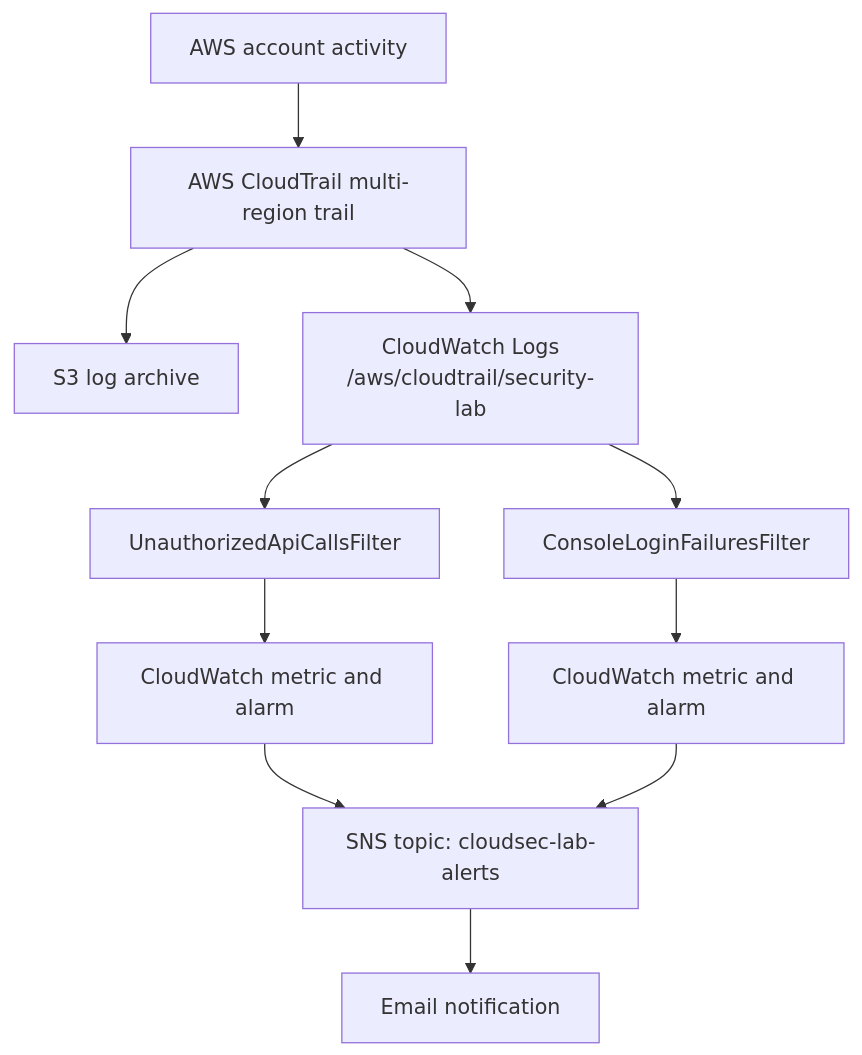
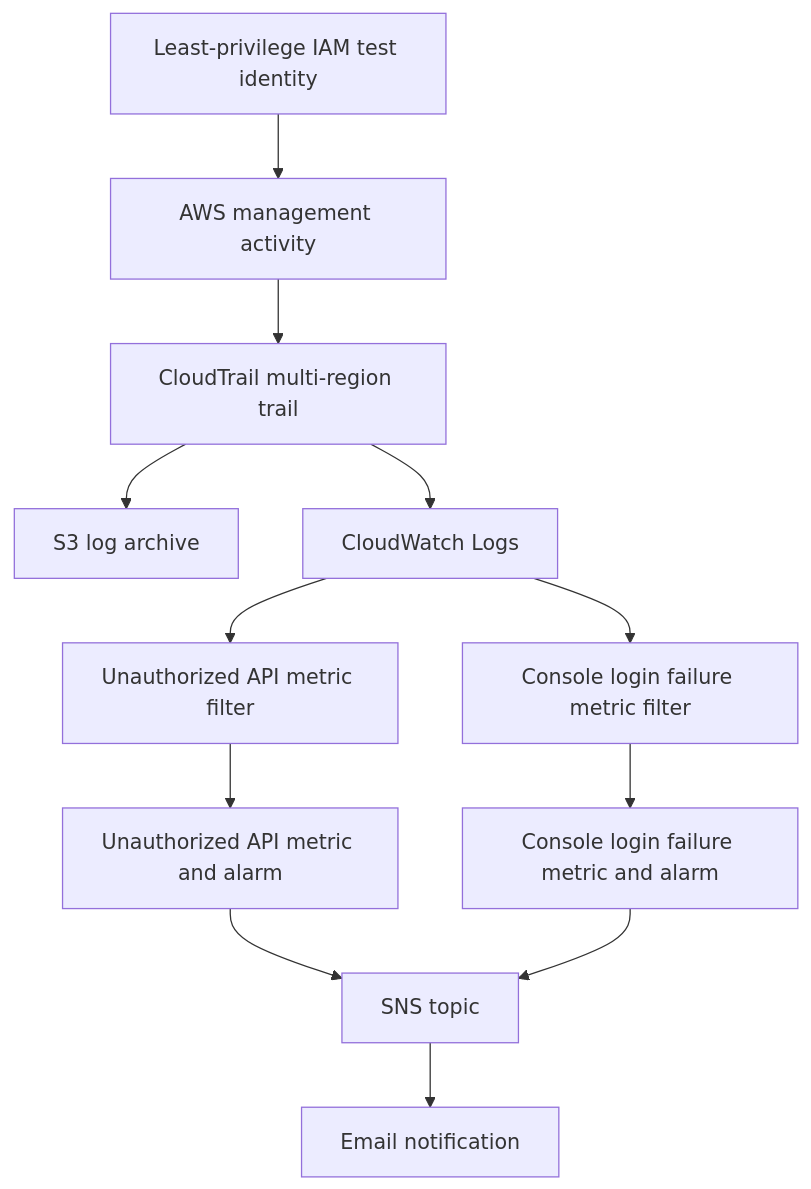
The diagram in README.md (Aman9422/aws-cloud-security-monitoring-lab), drawn with Mermaid before and after one commit. The commit also changed other lines of this file, not shown here.

````diff
--- a/README.md
+++ b/README.md
@@ -9,13 +18,14 @@
 ```mermaid
 flowchart TD
-    A[AWS account activity] --> B[AWS CloudTrail multi-region trail]
+    A[AWS management activity] --> B[CloudTrail multi-region trail]
     B --> C[S3 log archive]
-    B --> D[CloudWatch Logs<br/>/aws/cloudtrail/security-lab]
-    D --> E[UnauthorizedApiCallsFilter]
-    D --> F[ConsoleLoginFailuresFilter]
-    E --> G[CloudWatch metric and alarm]
-    F --> H[CloudWatch metric and alarm]
-    G --> I[SNS topic: cloudsec-lab-alerts]
+    B --> D[CloudWatch Logs]
+    D --> E[Unauthorized API metric filter]
+    D --> F[Console login failure metric filter]
+    E --> G[Unauthorized API metric and alarm]
+    F --> H[Console login failure metric and alarm]
+    G --> I[SNS topic]
     H --> I
     I --> J[Email notification]
+    K[Least-privilege IAM test identity] --> A
 ```
````
